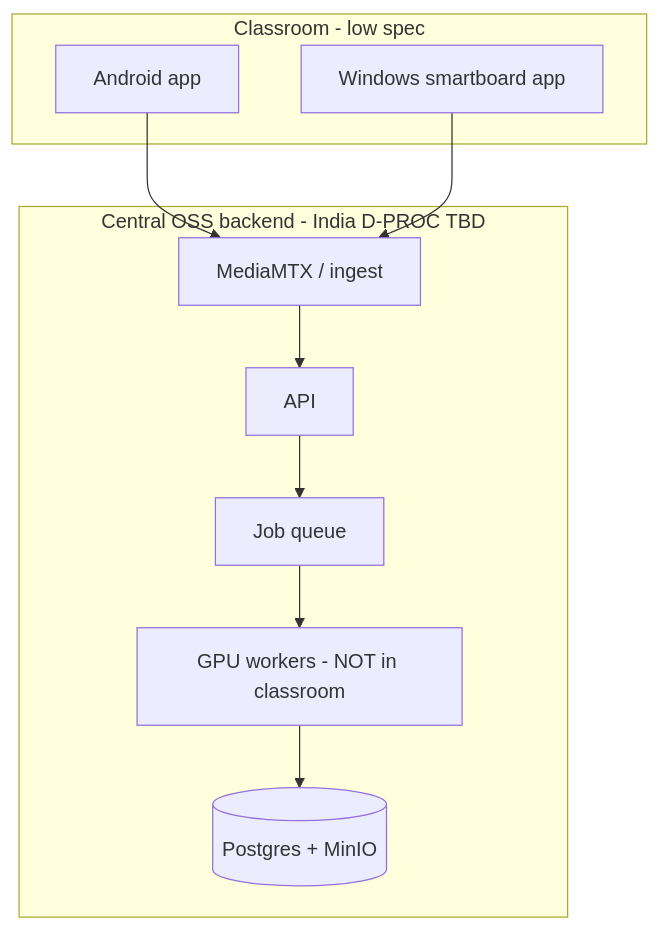
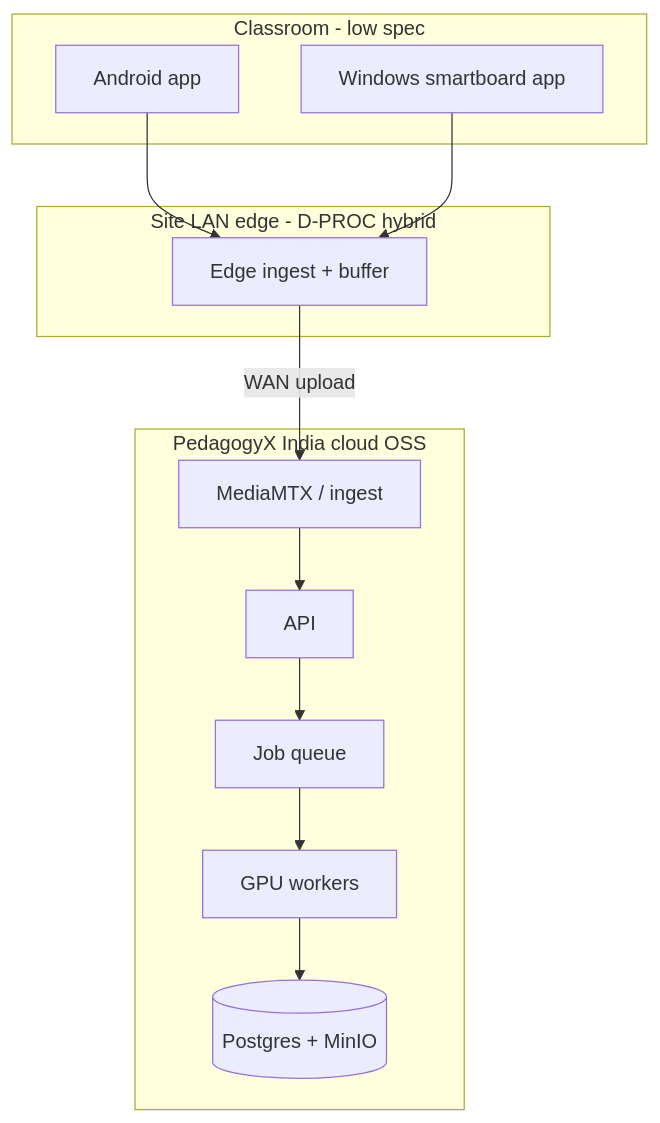
Before and after one commit to NITISH-R-G/PedagogyX: the third of 3 diagrams in docs/05-architecture/SYSTEM_ARCHITECTURE.md, drawn with Mermaid. The commit also changed other lines of this file and 12 other files, not shown here.

First line of the commit message:
Record founder decision D-PROC: Hybrid (C) central ML

````diff
--- a/docs/05-architecture/SYSTEM_ARCHITECTURE.md
+++ b/docs/05-architecture/SYSTEM_ARCHITECTURE.md
@@ -109,17 +109,21 @@
 ```mermaid
 flowchart TB
     subgraph clients [Classroom - low spec]
         AND[Android app]
         WIN[Windows smartboard app]
     end
-    subgraph central [Central OSS backend - India D-PROC TBD]
+    subgraph edge [Site LAN edge - D-PROC hybrid]
+        EDGE[Edge ingest + buffer]
+    end
+    subgraph cloud [PedagogyX India cloud OSS]
         MTX[MediaMTX / ingest]
         API[API]
         Q[Job queue]
-        GPU[GPU workers - NOT in classroom]
+        GPU[GPU workers]
         DB[(Postgres + MinIO)]
     end
-    AND --> MTX
-    WIN --> MTX
+    AND --> EDGE
+    WIN --> EDGE
+    EDGE -->|WAN upload| MTX
     MTX --> API --> Q --> GPU --> DB
 ```
````
